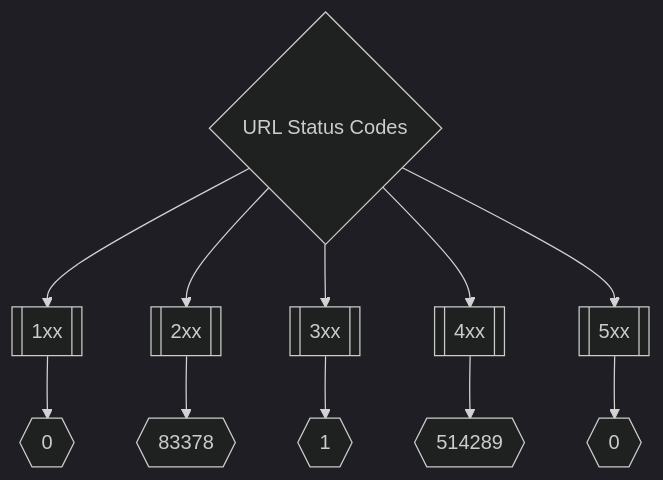
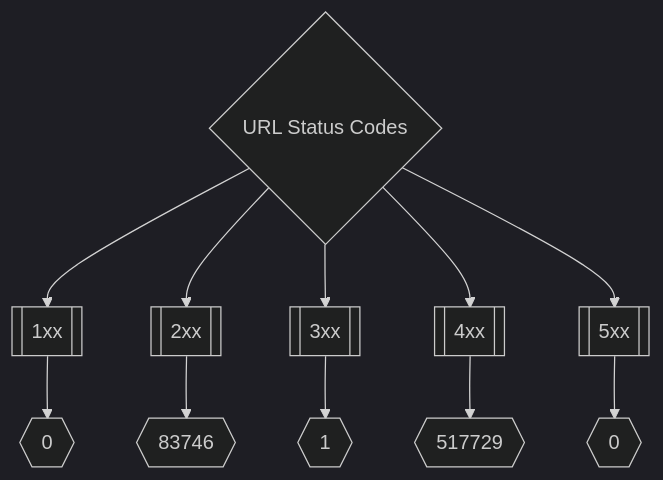
One commit to trickest/inventory changed the second of 3 diagrams in README.md. Above: the diagram before and after it, drawn with Mermaid (dark theme). The commit also changed other lines of this file, not shown here.

Commit message:
Update README.md Tue Jun  7 17:42:45 UTC 2022

````diff
--- a/README.md
+++ b/README.md
@@ -173,8 +173,8 @@
 ```mermaid
 graph TD
 title{URL Status Codes} --> 1xx[[1xx]] --> status1xxNum{{0}}
-title --> 2xx[[2xx]] --> status2xxNum{{83378}}
+title --> 2xx[[2xx]] --> status2xxNum{{83746}}
 title --> 3xx[[3xx]] --> status3xxNum{{1}}
-title --> 4xx[[4xx]] --> status4xxNum{{514289}}
+title --> 4xx[[4xx]] --> status4xxNum{{517729}}
 title --> 5xx[[5xx]] --> status5xxNum{{0}}
 ```
````
